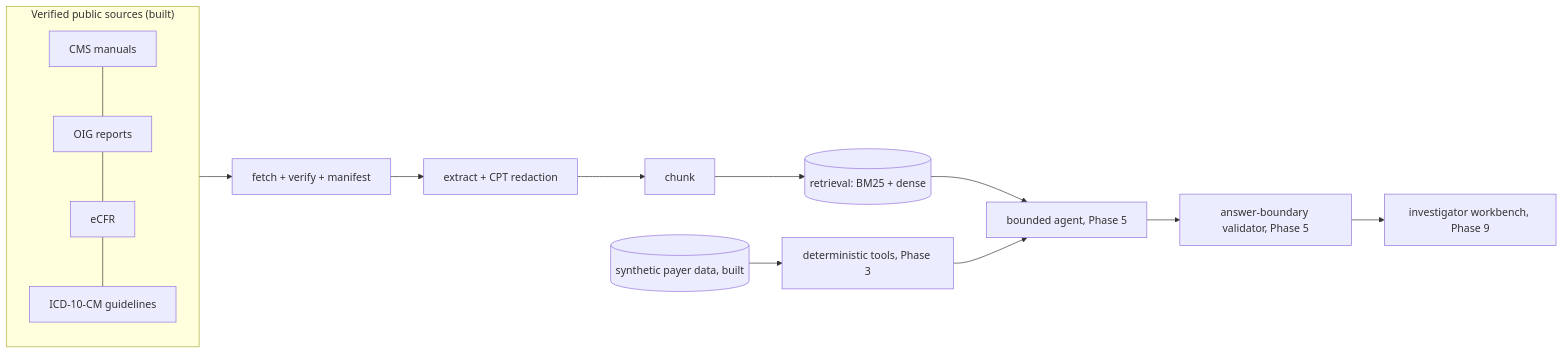
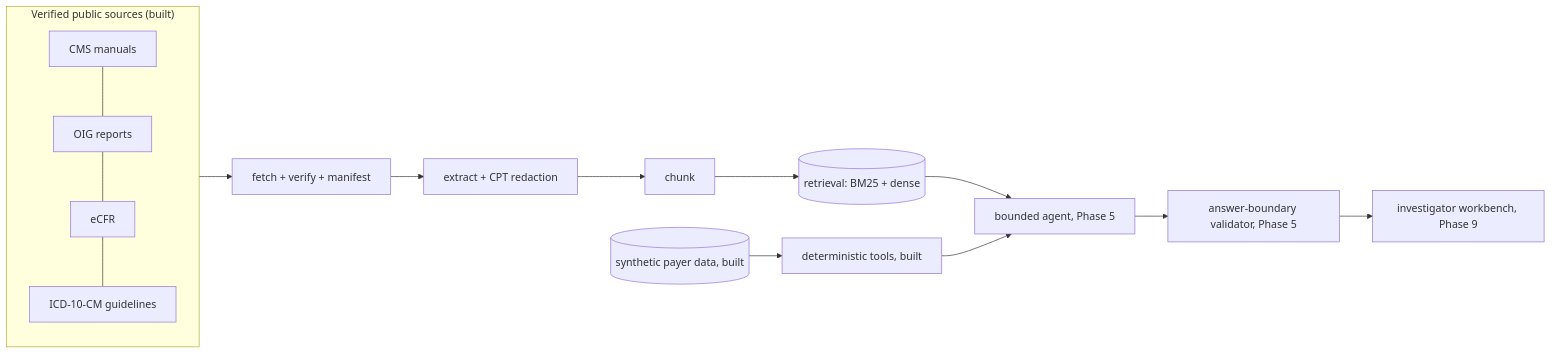
One commit to bowierliu/claimsignal changed the diagram in docs/ARCHITECTURE.md. Above: the diagram before and after it, drawn with Mermaid. The commit also changed other lines of this file and 11 other files, not shown here.

````diff
--- a/docs/ARCHITECTURE.md
+++ b/docs/ARCHITECTURE.md
@@ -11,15 +11,15 @@
 ```mermaid
 flowchart LR
     subgraph Sources["Verified public sources (built)"]
         S1[CMS manuals] --- S2[OIG reports] --- S3[eCFR] --- S4[ICD-10-CM guidelines]
     end
     Sources --> F[fetch + verify + manifest]
     F --> X[extract + CPT redaction]
     X --> C[chunk]
     C --> R[(retrieval: BM25 + dense)]
-    D[(synthetic payer data, built)] --> T[deterministic tools, Phase 3]
+    D[(synthetic payer data, built)] --> T[deterministic tools, built]
     R --> A[bounded agent, Phase 5]
     T --> A
     A --> V[answer-boundary validator, Phase 5]
     V --> U[investigator workbench, Phase 9]
 ```
````
